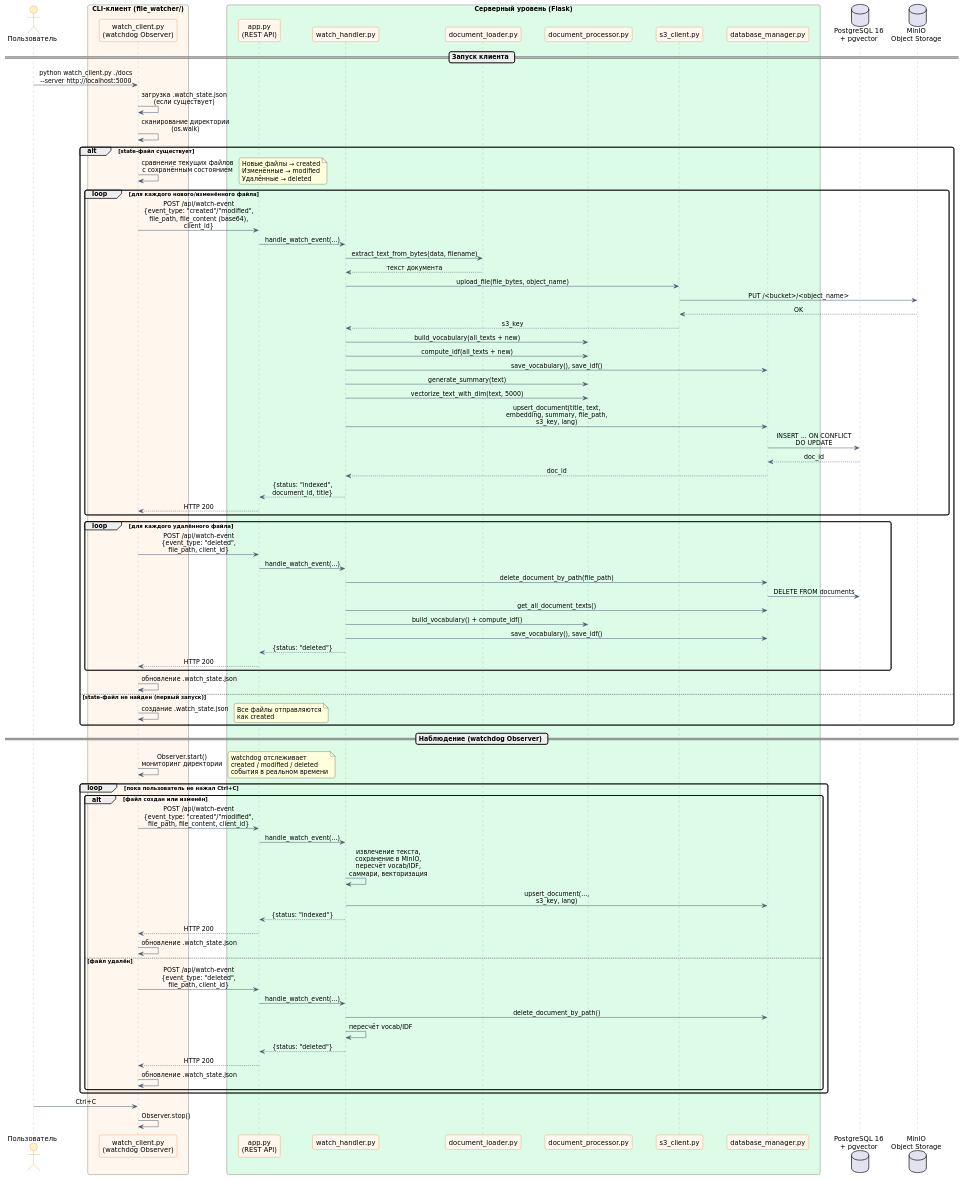
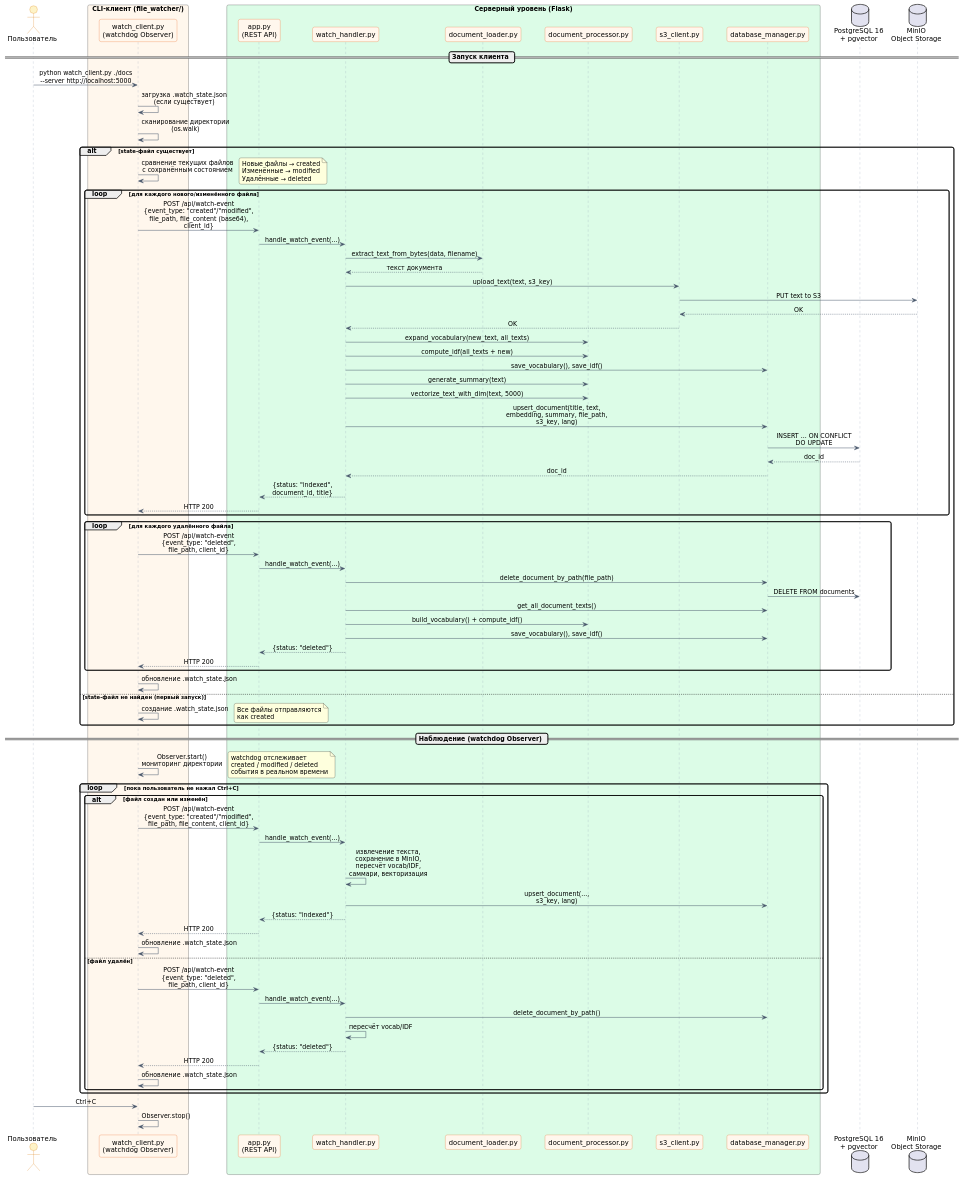
One commit to KillRmnv/BSUIR changed the diagram in EYAZIS/2_2/EYAZIS_report/plantuml/sequence_watch.puml. Above: the diagram before and after it, drawn with PlantUML. The commit also changed 91 other files, not shown here.

```diff
--- a/EYAZIS/2_2/EYAZIS_report/plantuml/sequence_watch.puml
+++ b/EYAZIS/2_2/EYAZIS_report/plantuml/sequence_watch.puml
@@ -1,115 +1,115 @@
 @startuml sequence_watch
 skinparam backgroundColor white
 skinparam shadowing false
 skinparam roundCorner 8
 skinparam defaultFontName DejaVu Sans
 skinparam SequenceMessageAlign center
 skinparam ParticipantPadding 20
 
 skinparam sequence {
     ArrowColor #475569
     LifeLineBorderColor #94A3B8
     LifeLineBackgroundColor #E2E8F0
     ParticipantBorderColor #EA580C
     ParticipantBackgroundColor #FFF7ED
     ActorBorderColor #D97706
     ActorBackgroundColor #FEF3C7
     DatabaseBorderColor #DB2777
     DatabaseBackgroundColor #FCE7F3
 }
 
 actor "Пользователь" as User
 box "CLI-клиент (file_watcher/)" #FFF7ED
     participant "watch_client.py\n(watchdog Observer)" as CLI
 end box
 box "Серверный уровень (Flask)" #DCFCE7
     participant "app.py\n(REST API)" as API
     participant "watch_handler.py" as WH
     participant "document_loader.py" as LOADER
     participant "document_processor.py" as DP
     participant "s3_client.py" as S3
     participant "database_manager.py" as DBM
 end box
 database "PostgreSQL 16\n+ pgvector" as DB
 database "MinIO\nObject Storage" as MINIO
 
 == Запуск клиента ==
 
 User -> CLI : python watch_client.py ./docs\n--server http://localhost:5000
 CLI -> CLI : загрузка .watch_state.json\n(если существует)
 CLI -> CLI : сканирование директории\n(os.walk)
 
 alt state-файл существует
     CLI -> CLI : сравнение текущих файлов\nс сохранённым состоянием
     note right: Новые файлы → created\nИзменённые → modified\nУдалённые → deleted
 
     loop для каждого нового/изменённого файла
         CLI -> API : POST /api/watch-event\n{event_type: "created"/"modified",\nfile_path, file_content (base64),\nclient_id}
         API -> WH : handle_watch_event(...)
         WH -> LOADER : extract_text_from_bytes(data, filename)
         LOADER --> WH : текст документа
-        WH -> S3 : upload_file(file_bytes, object_name)
-        S3 -> MINIO : PUT /<bucket>/<object_name>
+        WH -> S3 : upload_text(text, s3_key)
+        S3 -> MINIO : PUT text to S3
         MINIO --> S3 : OK
-        S3 --> WH : s3_key
-        WH -> DP : build_vocabulary(all_texts + new)
+        S3 --> WH : OK
+        WH -> DP : expand_vocabulary(new_text, all_texts)
         WH -> DP : compute_idf(all_texts + new)
         WH -> DBM : save_vocabulary(), save_idf()
         WH -> DP : generate_summary(text)
         WH -> DP : vectorize_text_with_dim(text, 5000)
         WH -> DBM : upsert_document(title, text,\nembedding, summary, file_path,\ns3_key, lang)
         DBM -> DB : INSERT ... ON CONFLICT\nDO UPDATE
         DB --> DBM : doc_id
         DBM --> WH : doc_id
         WH --> API : {status: "indexed",\ndocument_id, title}
         API --> CLI : HTTP 200
     end
 
     loop для каждого удалённого файла
         CLI -> API : POST /api/watch-event\n{event_type: "deleted",\nfile_path, client_id}
         API -> WH : handle_watch_event(...)
         WH -> DBM : delete_document_by_path(file_path)
         DBM -> DB : DELETE FROM documents
         WH -> DBM : get_all_document_texts()
         WH -> DP : build_vocabulary() + compute_idf()
         WH -> DBM : save_vocabulary(), save_idf()
         WH --> API : {status: "deleted"}
         API --> CLI : HTTP 200
     end
 
     CLI -> CLI : обновление .watch_state.json
 else state-файл не найден (первый запуск)
     CLI -> CLI : создание .watch_state.json
     note right: Все файлы отправляются\nкак created
 end
 
 == Наблюдение (watchdog Observer) ==
 
 CLI -> CLI : Observer.start()\nмониторинг директории
 
 loop пока пользователь не нажал Ctrl+C
     note right: watchdog отслеживает\ncreated / modified / deleted\nсобытия в реальном времени
 
     alt файл создан или изменён
         CLI -> API : POST /api/watch-event\n{event_type: "created"/"modified",\nfile_path, file_content, client_id}
         API -> WH : handle_watch_event(...)
         WH -> WH : извлечение текста,\nсохранение в MinIO,\nпересчёт vocab/IDF,\nсаммари, векторизация
         WH -> DBM : upsert_document(...,\ns3_key, lang)
         WH --> API : {status: "indexed"}
         API --> CLI : HTTP 200
         CLI -> CLI : обновление .watch_state.json
     else файл удалён
         CLI -> API : POST /api/watch-event\n{event_type: "deleted",\nfile_path, client_id}
         API -> WH : handle_watch_event(...)
         WH -> DBM : delete_document_by_path()
         WH -> WH : пересчёт vocab/IDF
         WH --> API : {status: "deleted"}
         API --> CLI : HTTP 200
         CLI -> CLI : обновление .watch_state.json
     end
 end
 
 User -> CLI : Ctrl+C
 CLI -> CLI : Observer.stop()
 
 @enduml
```
